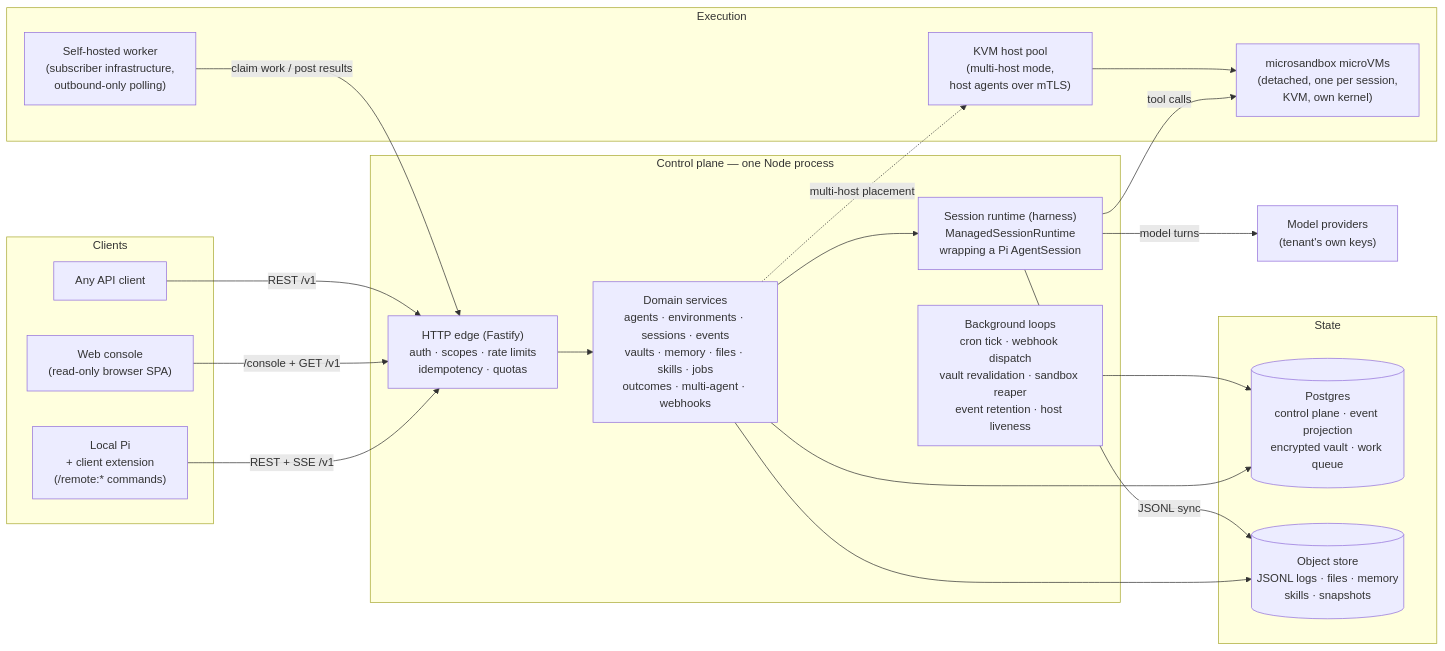
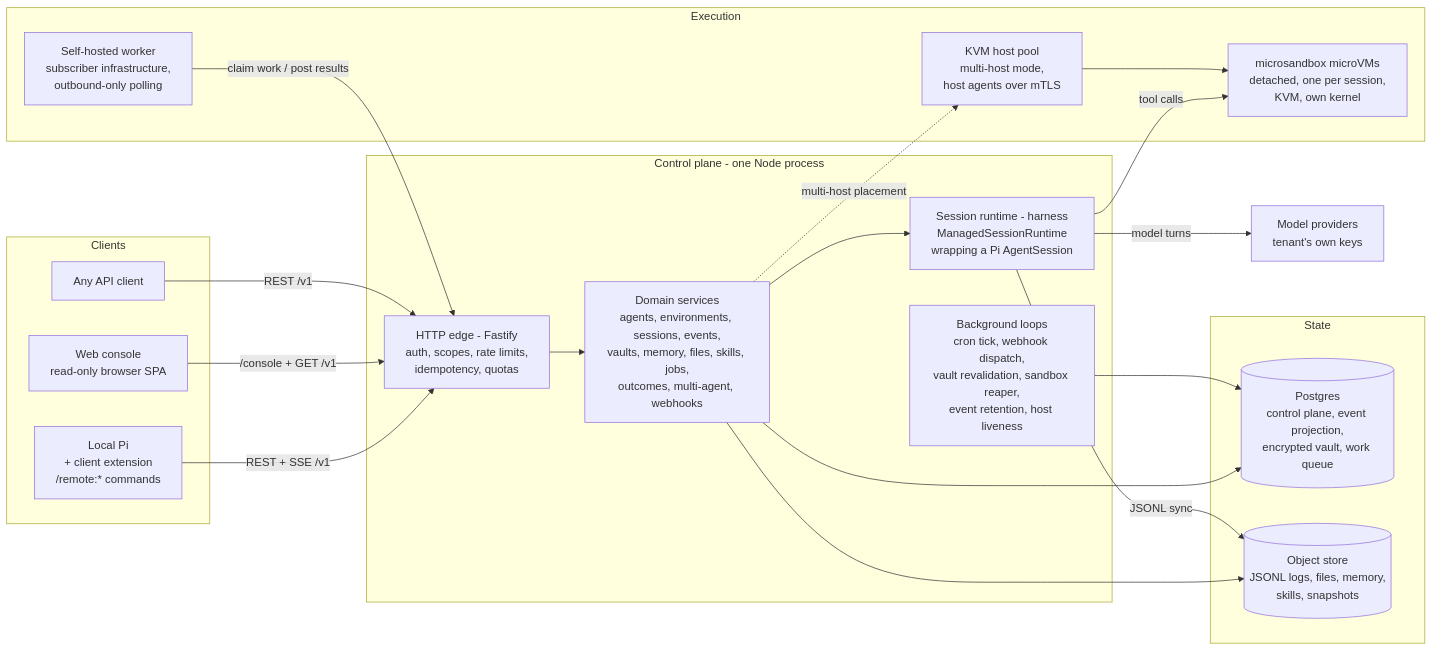
Before and after one commit to msdavid/pi-backend: the first of 2 diagrams in docs/architecture.md, drawn with Mermaid. The commit also changed other lines of this file, not shown here.

Commit message:
Fix mermaid diagrams for GitHub rendering
Replace HTML entities and quoted edge labels with plain characters
and pipe-delimited labels; rename node ids that shadow keywords.

````diff
--- a/docs/architecture.md
+++ b/docs/architecture.md
@@ -61,43 +61,43 @@
 ```mermaid
 flowchart LR
     subgraph clients["Clients"]
-        pi["Local Pi<br/>+ client extension<br/>(/remote:* commands)"]
-        console["Web console<br/>(read-only browser SPA)"]
+        pi["Local Pi<br/>+ client extension<br/>/remote:* commands"]
+        console["Web console<br/>read-only browser SPA"]
         anyapi["Any API client"]
     end
 
-    subgraph cp["Control plane — one Node process"]
-        edge["HTTP edge (Fastify)<br/>auth &middot; scopes &middot; rate limits<br/>idempotency &middot; quotas"]
-        dom["Domain services<br/>agents &middot; environments &middot; sessions &middot; events<br/>vaults &middot; memory &middot; files &middot; skills &middot; jobs<br/>outcomes &middot; multi-agent &middot; webhooks"]
-        rt["Session runtime (harness)<br/>ManagedSessionRuntime<br/>wrapping a Pi AgentSession"]
-        loops["Background loops<br/>cron tick &middot; webhook dispatch<br/>vault revalidation &middot; sandbox reaper<br/>event retention &middot; host liveness"]
+    subgraph cp["Control plane - one Node process"]
+        httpedge["HTTP edge - Fastify<br/>auth, scopes, rate limits,<br/>idempotency, quotas"]
+        dom["Domain services<br/>agents, environments, sessions, events,<br/>vaults, memory, files, skills, jobs,<br/>outcomes, multi-agent, webhooks"]
+        rt["Session runtime - harness<br/>ManagedSessionRuntime<br/>wrapping a Pi AgentSession"]
+        loops["Background loops<br/>cron tick, webhook dispatch,<br/>vault revalidation, sandbox reaper,<br/>event retention, host liveness"]
     end
 
-    subgraph exec["Execution"]
-        vm["microsandbox microVMs<br/>(detached, one per session,<br/>KVM, own kernel)"]
-        pool["KVM host pool<br/>(multi-host mode,<br/>host agents over mTLS)"]
-        shw["Self-hosted worker<br/>(subscriber infrastructure,<br/>outbound-only polling)"]
+    subgraph execution["Execution"]
+        vm["microsandbox microVMs<br/>detached, one per session,<br/>KVM, own kernel"]
+        hostpool["KVM host pool<br/>multi-host mode,<br/>host agents over mTLS"]
+        shw["Self-hosted worker<br/>subscriber infrastructure,<br/>outbound-only polling"]
     end
 
-    subgraph state["State"]
-        pg[("Postgres<br/>control plane &middot; event projection<br/>encrypted vault &middot; work queue")]
-        obj[("Object store<br/>JSONL logs &middot; files &middot; memory<br/>skills &middot; snapshots")]
+    subgraph stores["State"]
+        pg[("Postgres<br/>control plane, event projection,<br/>encrypted vault, work queue")]
+        obj[("Object store<br/>JSONL logs, files, memory,<br/>skills, snapshots")]
     end
 
-    llm["Model providers<br/>(tenant's own keys)"]
+    llm["Model providers<br/>tenant's own keys"]
 
-    pi -- "REST + SSE /v1" --> edge
-    console -- "/console + GET /v1" --> edge
-    anyapi -- "REST /v1" --> edge
-    shw -- "claim work / post results" --> edge
-    edge --> dom
+    pi -->|REST + SSE /v1| httpedge
+    console -->|/console + GET /v1| httpedge
+    anyapi -->|REST /v1| httpedge
+    shw -->|claim work / post results| httpedge
+    httpedge --> dom
     dom --> rt
     dom --> pg
     dom --> obj
-    rt -- "tool calls" --> vm
-    rt -- "model turns" --> llm
-    rt -- "JSONL sync" --> obj
-    dom -. "multi-host placement" .-> pool
-    pool --> vm
+    rt -->|tool calls| vm
+    rt -->|model turns| llm
+    rt -->|JSONL sync| obj
+    dom -.->|multi-host placement| hostpool
+    hostpool --> vm
     loops --> pg
 ```
````
